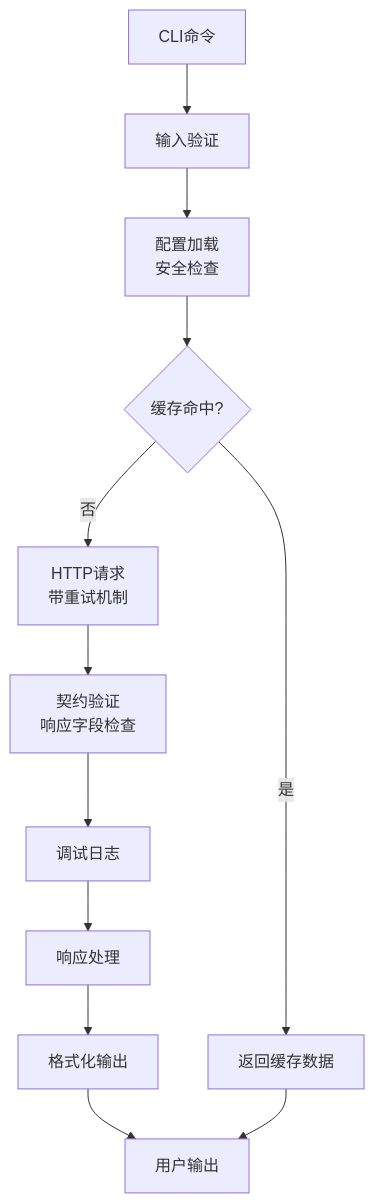
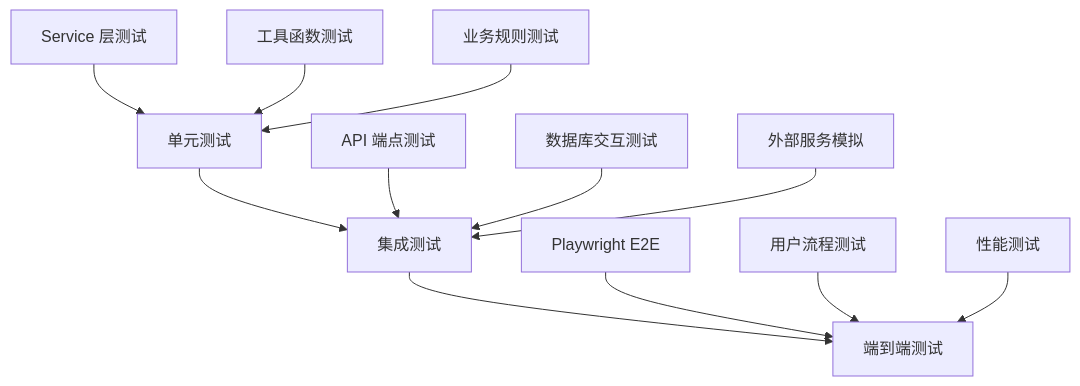
The diagram in .qoder/repowiki/zh/content/开发指南/开发指南.md (gujialind/InvestRing), drawn with Mermaid before and after one commit. The commit also changed other lines of this file and 65 other files, not shown here.

````diff
--- a/.qoder/repowiki/zh/content/开发指南/开发指南.md
+++ b/.qoder/repowiki/zh/content/开发指南/开发指南.md
@@ -281,14 +541,14 @@
 ```mermaid
-flowchart TD
-CLI["CLI命令"] --> Validate["输入验证"]
-Validate --> Config["配置加载<br/>安全检查"]
-Config --> Cache{"缓存命中?"}
-Cache --> |是| Cached["返回缓存数据"]
-Cache --> |否| Request["HTTP请求<br/>带重试机制"]
-Request --> Contract["契约验证<br/>响应字段检查"]
-Contract --> Debug["调试日志"]
-Debug --> Response["响应处理"]
-Response --> Format["格式化输出"]
-Format --> Output["用户输出"]
-Cached --> Output
+graph TD
+A["单元测试"] --> B["集成测试"]
+B --> C["端到端测试"]
+A1["Service 层测试"] --> A
+A2["工具函数测试"] --> A
+A3["业务规则测试"] --> A
+B1["API 端点测试"] --> B
+B2["数据库交互测试"] --> B
+B3["外部服务模拟"] --> B
+C1["Playwright E2E"] --> C
+C2["用户流程测试"] --> C
+C3["性能测试"] --> C
 ```
````
